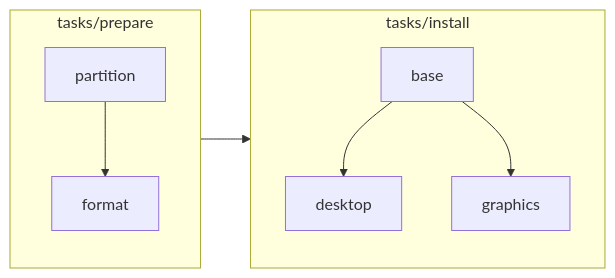
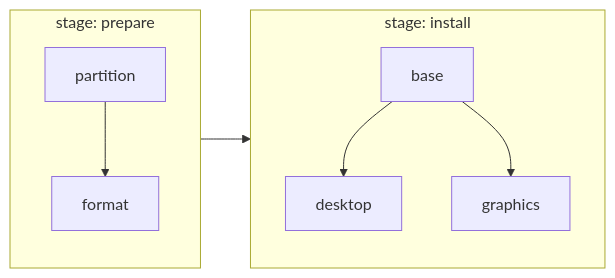
One commit to murkl/oak changed the diagram in docs/REFERENCE.md. Above: the diagram before and after it, drawn with Mermaid. The commit also changed other lines of this file and 49 other files, not shown here.

````diff
--- a/docs/REFERENCE.md
+++ b/docs/REFERENCE.md
@@ -205,13 +237,13 @@
 ```mermaid
 flowchart LR
-    subgraph A["tasks/prepare"]
+    subgraph A["stage: prepare"]
         direction TB
         P["partition"] --> F["format"]
     end
-    subgraph B["tasks/install"]
+    subgraph B["stage: install"]
         direction TB
         BS["base"] --> DE["desktop"]
         BS --> GR["graphics"]
     end
     A --> B
 ```
````
